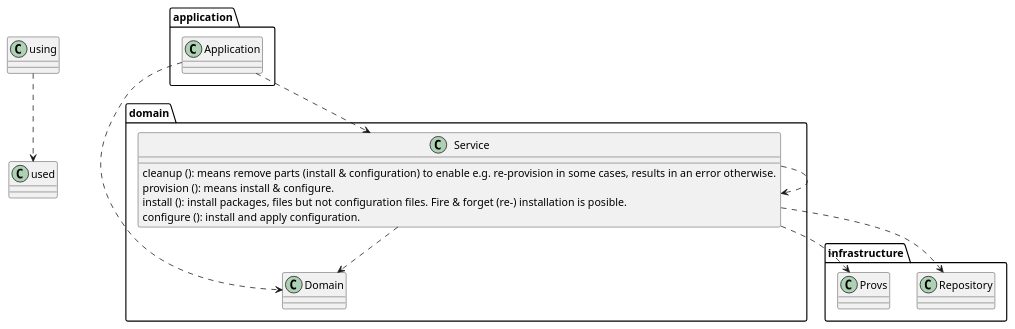
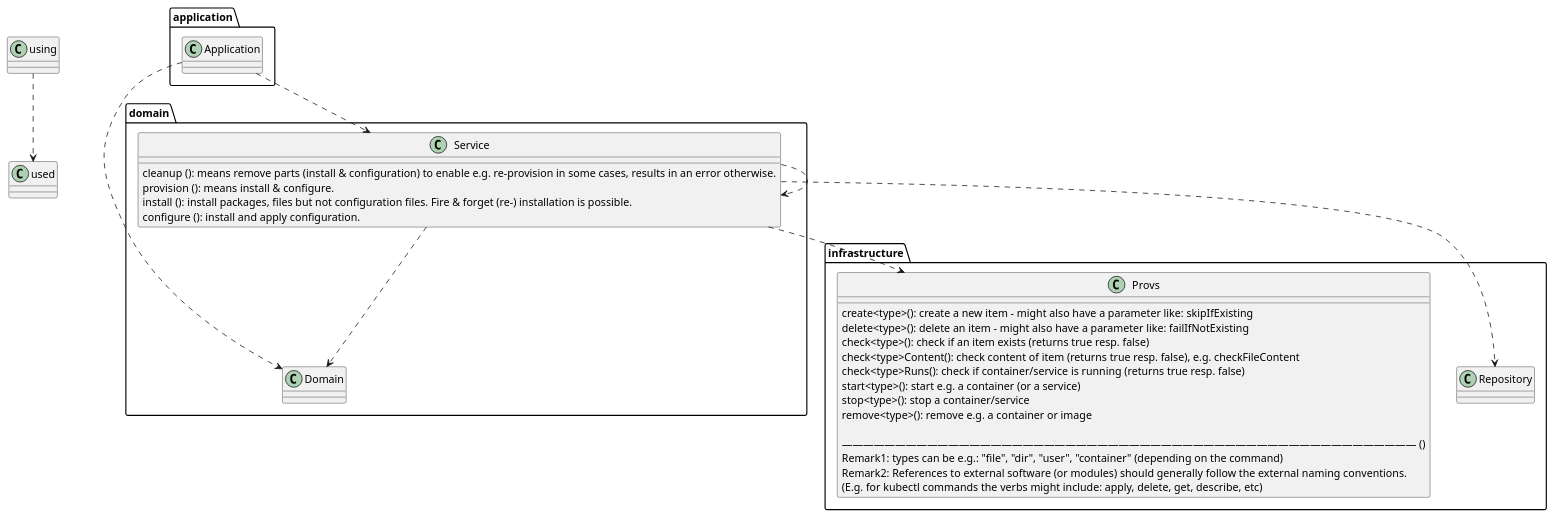
Before and after one commit to DomainDrivenArchitecture/provs: the second of 2 diagrams in doc/ProvsArchitecture.md, drawn with PlantUML.

Commit message:
add verbs for infrastructure to Architecture

````diff
--- a/doc/ProvsArchitecture.md
+++ b/doc/ProvsArchitecture.md
@@ -26,32 +26,47 @@
 ```plantuml
 @startuml
 'https://plantuml.com/class-diagram
 
 package application {
     class Application
 }
 
 package domain {
     class Service {
       cleanup (): means remove parts (install & configuration) to enable e.g. re-provision in some cases, results in an error otherwise.
       provision (): means install & configure.
-      install (): install packages, files but not configuration files. Fire & forget (re-) installation is posible.
+      install (): install packages, files but not configuration files. Fire & forget (re-) installation is possible.
       configure (): install and apply configuration.
     }
     class Domain
 }
 Application ..> Service
 Application ..> Domain
 
 package infrastructure {
     class Repository
-    class Provs
+    class Provs {
+
+        create<type>(): create a new item - might also have a parameter like: skipIfExisting
+        delete<type>(): delete an item - might also have a parameter like: failIfNotExisting
+        check<type>(): check if an item exists (returns true resp. false)
+        check<type>Content(): check content of item (returns true resp. false), e.g. checkFileContent
+        check<type>Runs(): check if container/service is running (returns true resp. false)
+        start<type>(): start e.g. a container (or a service)
+        stop<type>(): stop a container/service
+        remove<type>(): remove e.g. a container or image
+
+        —————————————————————————————————————————————————————— () 
+        Remark1: types can be e.g.: "file", "dir", "user", "container" (depending on the command)
+        Remark2: References to external software (or modules) should generally follow the external naming conventions.
+        (E.g. for kubectl commands the verbs might include: apply, delete, get, describe, etc)
+    }
 }
 Service ..> Domain
 Service ..> Service
 Service ..> Repository
 Service ..> Provs
 
 using ..> used
 @enduml
 ```
````
